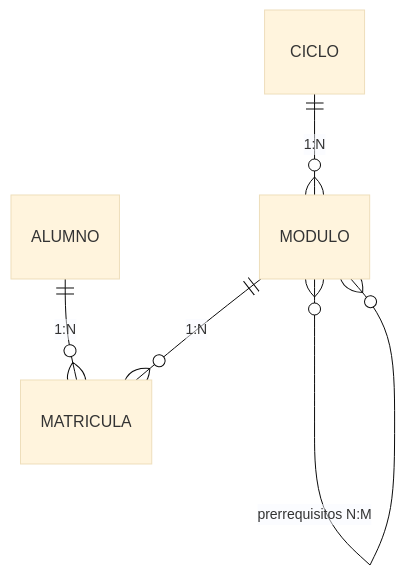
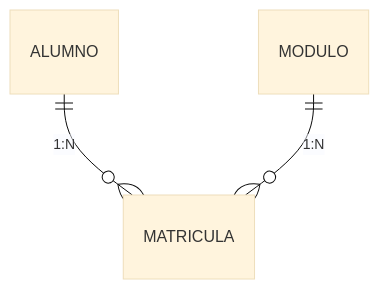
One commit to campusdevfp/dwes2627 changed the second of 3 diagrams in docs/ut5/ejercicios-practicos.md. Above: the diagram before and after it, drawn with Mermaid (base theme). The commit also changed other lines of this file and 26 other files, not shown here.

````diff
--- a/docs/ut5/ejercicios-practicos.md
+++ b/docs/ut5/ejercicios-practicos.md
@@ -177,7 +141,5 @@
 ```mermaid
 erDiagram
-    CICLO  ||--o{ MODULO    : "1:N"
     ALUMNO ||--o{ MATRICULA : "1:N"
     MODULO ||--o{ MATRICULA : "1:N"
-    MODULO }o--o{ MODULO    : "prerrequisitos N:M"
 ```
````
